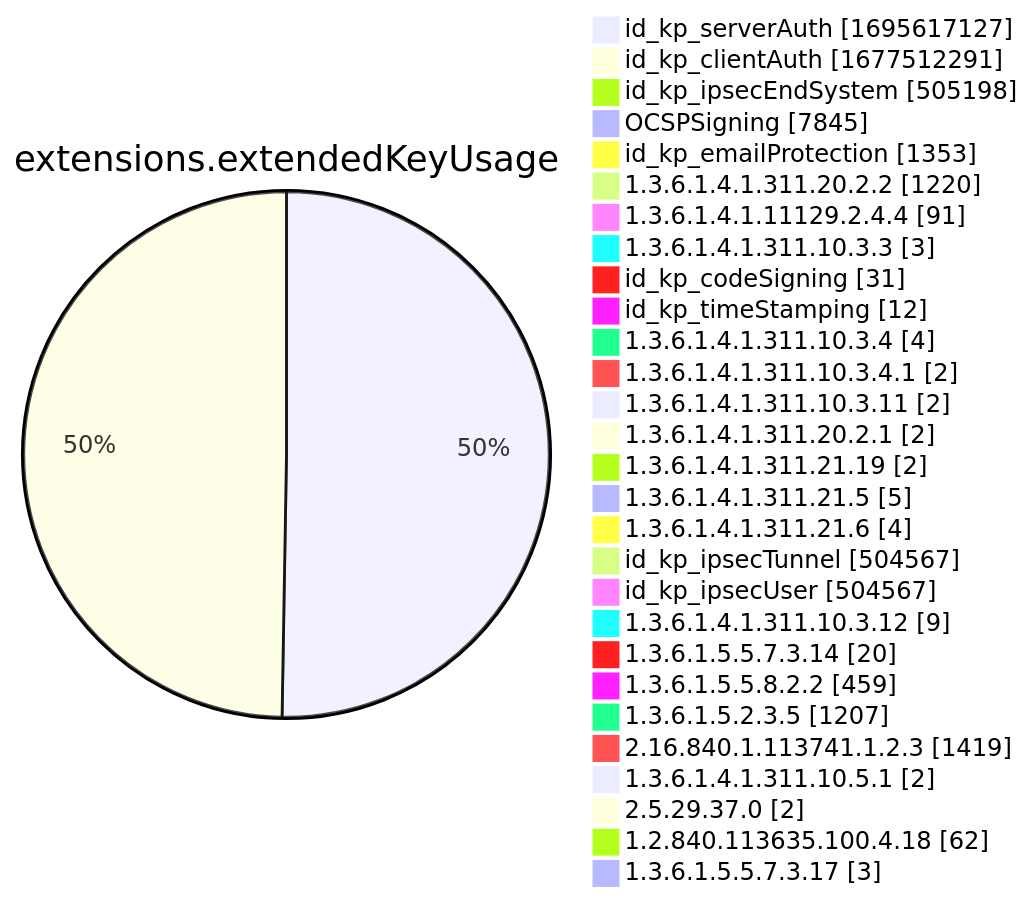
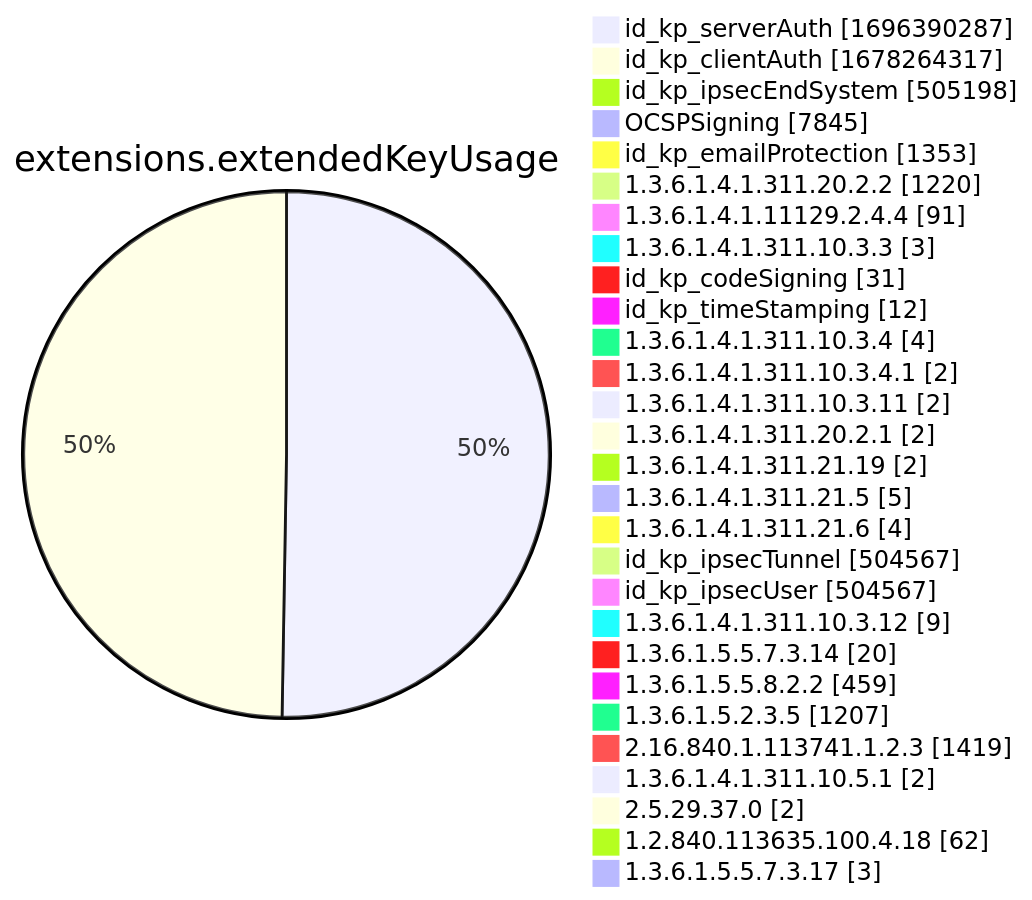
Before and after one commit to christiankrug/ctmonitor_visualization: diagram 12 of 15 in xenon2022/README.md, drawn with Mermaid. The commit also changed other lines of this file, not shown here.

````diff
--- a/xenon2022/README.md
+++ b/xenon2022/README.md
@@ -3888,32 +3888,32 @@
 ```mermaid
 pie showData
 title extensions.extendedKeyUsage
-"id_kp_serverAuth" :1695617127
-"id_kp_clientAuth" :1677512291
+"id_kp_serverAuth" :1696390287
+"id_kp_clientAuth" :1678264317
 "id_kp_ipsecEndSystem" :505198
 "OCSPSigning" :7845
 "id_kp_emailProtection" :1353
 "1.3.6.1.4.1.311.20.2.2" :1220
 "1.3.6.1.4.1.11129.2.4.4" :91
 "1.3.6.1.4.1.311.10.3.3" :3
 "id_kp_codeSigning" :31
 "id_kp_timeStamping" :12
 "1.3.6.1.4.1.311.10.3.4" :4
 "1.3.6.1.4.1.311.10.3.4.1" :2
 "1.3.6.1.4.1.311.10.3.11" :2
 "1.3.6.1.4.1.311.20.2.1" :2
 "1.3.6.1.4.1.311.21.19" :2
 "1.3.6.1.4.1.311.21.5" :5
 "1.3.6.1.4.1.311.21.6" :4
 "id_kp_ipsecTunnel" :504567
 "id_kp_ipsecUser" :504567
 "1.3.6.1.4.1.311.10.3.12" :9
 "1.3.6.1.5.5.7.3.14" :20
 "1.3.6.1.5.5.8.2.2" :459
 "1.3.6.1.5.2.3.5" :1207
 "2.16.840.1.113741.1.2.3" :1419
 "1.3.6.1.4.1.311.10.5.1" :2
 "2.5.29.37.0" :2
 "1.2.840.113635.100.4.18" :62
 "1.3.6.1.5.5.7.3.17" :3
 ```
````
